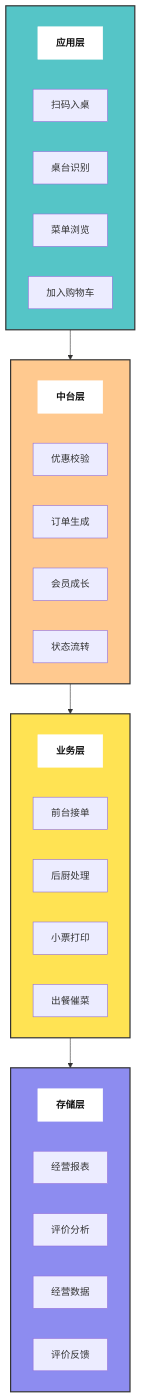
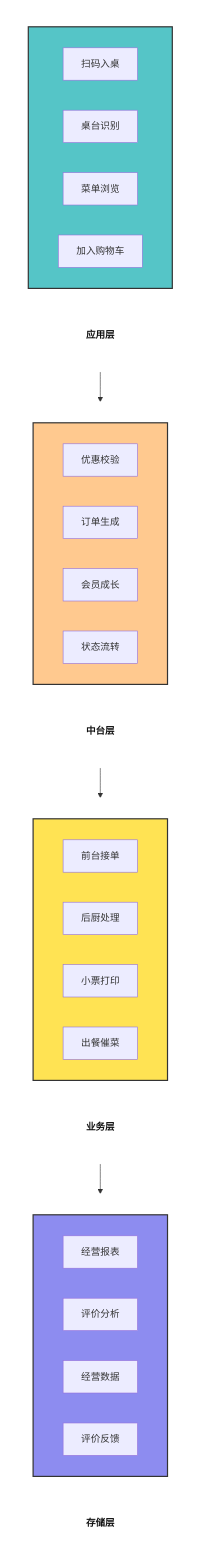
The third of 3 diagrams in readme.md (meisijiya/DIANCAN-SYSTEM), drawn with Mermaid before and after one commit. The commit also changed other lines of this file, not shown here.

Commit message:
修改架构图

````diff
--- a/readme.md
+++ b/readme.md
@@ -349,51 +381,67 @@
 ```mermaid
 flowchart TB
-    subgraph R1[ ]
+    subgraph Row1[ ]
         direction LR
         L1[应用层]
-        A[扫码入桌]
-        B[桌台识别]
-        C[菜单浏览]
-        D[加入购物车]
+        subgraph Layer1[ ]
+            direction LR
+            A[扫码入桌]
+            B[桌台识别]
+            C[菜单浏览]
+            D[加入购物车]
+        end
     end
 
-    subgraph R2[ ]
+    subgraph Row2[ ]
         direction LR
         L2[中台层]
-        RULE[优惠校验]
-        ORDER[订单生成]
-        MEMBER[会员成长]
-        STATE[状态流转]
+        subgraph Layer2[ ]
+            direction LR
+            RULE[优惠校验]
+            ORDER[订单生成]
+            MEMBER[会员成长]
+            STATE[状态流转]
+        end
     end
 
-    subgraph R3[ ]
+    subgraph Row3[ ]
         direction LR
         L3[业务层]
-        ACCEPT[前台接单]
-        KITCHEN[后厨处理]
-        PRINT[小票打印]
-        SERVE[出餐催菜]
+        subgraph Layer3[ ]
+            direction LR
+            ACCEPT[前台接单]
+            KITCHEN[后厨处理]
+            PRINT[小票打印]
+            SERVE[出餐催菜]
+        end
     end
 
-    subgraph R4[ ]
+    subgraph Row4[ ]
         direction LR
         L4[存储层]
-        REPORT[经营报表]
-        REVIEW[评价分析]
-        DATA[经营数据]
-        FEEDBACK[评价反馈]
+        subgraph Layer4[ ]
+            direction LR
+            REPORT[经营报表]
+            REVIEW[评价分析]
+            DATA[经营数据]
+            FEEDBACK[评价反馈]
+        end
     end
 
-    R1 --> R2
-    R2 --> R3
-    R3 --> R4
+    Row1 --> Row2
+    Row2 --> Row3
+    Row3 --> Row4
 
-    style R1 fill:#55c5c7,stroke:#333,stroke-width:2px,color:#111
-    style R2 fill:#ffc98f,stroke:#333,stroke-width:2px,color:#111
-    style R3 fill:#ffe353,stroke:#333,stroke-width:2px,color:#111
-    style R4 fill:#8d8cf0,stroke:#333,stroke-width:2px,color:#111
+    style Row1 fill:#ffffff,stroke:#ffffff,color:#111
+    style Row2 fill:#ffffff,stroke:#ffffff,color:#111
+    style Row3 fill:#ffffff,stroke:#ffffff,color:#111
+    style Row4 fill:#ffffff,stroke:#ffffff,color:#111
+    style Layer1 fill:#55c5c7,stroke:#333,stroke-width:2px,color:#111
+    style Layer2 fill:#ffc98f,stroke:#333,stroke-width:2px,color:#111
+    style Layer3 fill:#ffe353,stroke:#333,stroke-width:2px,color:#111
+    style Layer4 fill:#8d8cf0,stroke:#333,stroke-width:2px,color:#111
     style L1 fill:#ffffff,stroke:#ffffff,color:#111,font-weight:bold
     style L2 fill:#ffffff,stroke:#ffffff,color:#111,font-weight:bold
     style L3 fill:#ffffff,stroke:#ffffff,color:#111,font-weight:bold
     style L4 fill:#ffffff,stroke:#ffffff,color:#111,font-weight:bold
 ```
````
